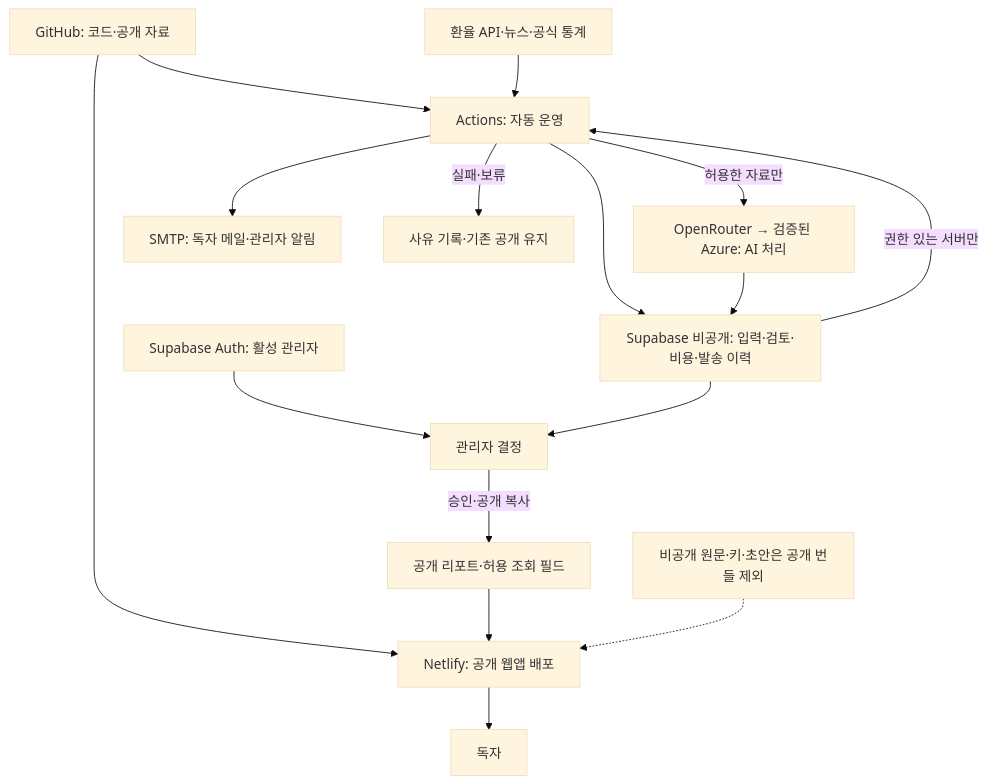
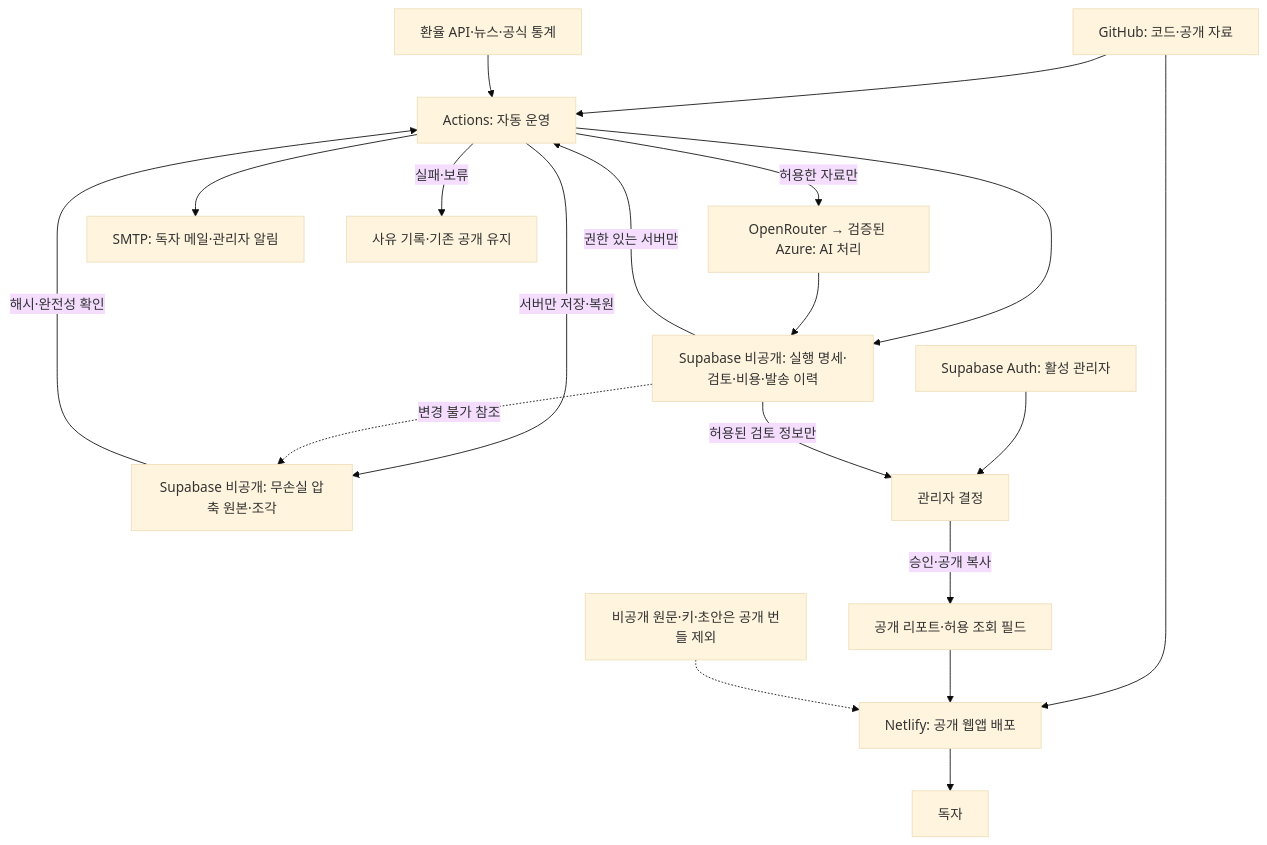
One commit to erleri/congenial-octo-garbanzo changed the second of 6 diagrams in docs/guide/architecture.md. Above: the diagram before and after it, drawn with Mermaid (base theme). The commit also changed other lines of this file and 64 other files, not shown here.

````diff
--- a/docs/guide/architecture.md
+++ b/docs/guide/architecture.md
@@ -38,23 +38,26 @@
 ```mermaid
 flowchart TD
   GIT[GitHub: 코드·공개 자료] --> NET[Netlify: 공개 웹앱 배포]
   GIT --> JOB[Actions: 자동 운영]
   API[환율 API·뉴스·공식 통계] --> JOB
-  JOB --> PRIVATE[Supabase 비공개: 입력·검토·비용·발송 이력]
+  JOB --> PRIVATE[Supabase 비공개: 실행 명세·검토·비용·발송 이력]
+  JOB -->|서버만 저장·복원| OBJECTS[Supabase 비공개: 무손실 압축 원본·조각]
+  OBJECTS -->|해시·완전성 확인| JOB
+  PRIVATE -.->|변경 불가 참조| OBJECTS
   JOB -->|허용한 자료만| MODEL[OpenRouter → 검증된 Azure: AI 처리]
   MODEL --> PRIVATE
   AUTH[Supabase Auth: 활성 관리자] --> DECIDE[관리자 결정]
-  PRIVATE --> DECIDE
+  PRIVATE -->|허용된 검토 정보만| DECIDE
   DECIDE -->|승인·공개 복사| PUB[공개 리포트·허용 조회 필드]
   PUB --> NET
   JOB --> SMTP[SMTP: 독자 메일·관리자 알림]
   PRIVATE -->|권한 있는 서버만| JOB
   JOB -->|실패·보류| HOLD[사유 기록·기존 공개 유지]
   NET --> READER[독자]
   NOTE[비공개 원문·키·초안은 공개 번들 제외] -.-> NET
   classDef normal fill:#edf4f8,stroke:#25465d,color:#162f43;
   classDef decision fill:#fff4d6,stroke:#8a6416,color:#42330e;
   classDef human fill:#e5f3ee,stroke:#19745f,color:#104b3e;
   classDef hold fill:#fceceb,stroke:#a64e45,color:#71302a;
 
 ```
````
